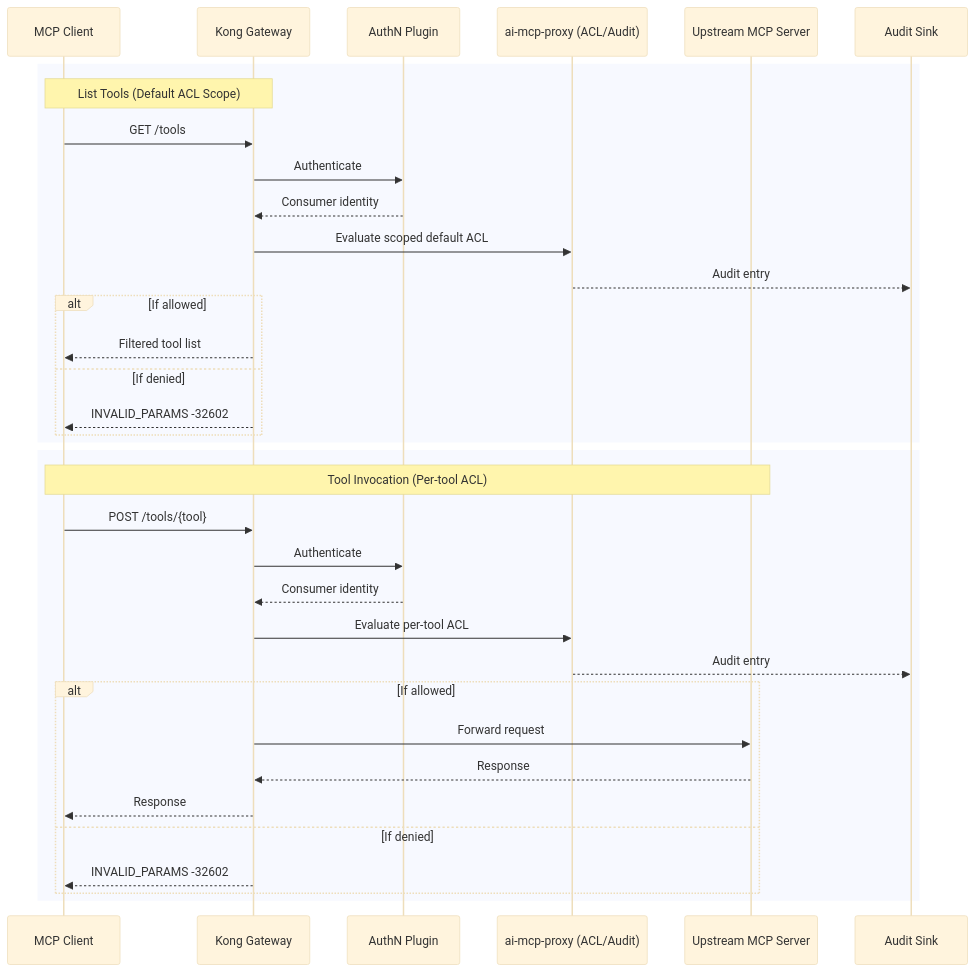
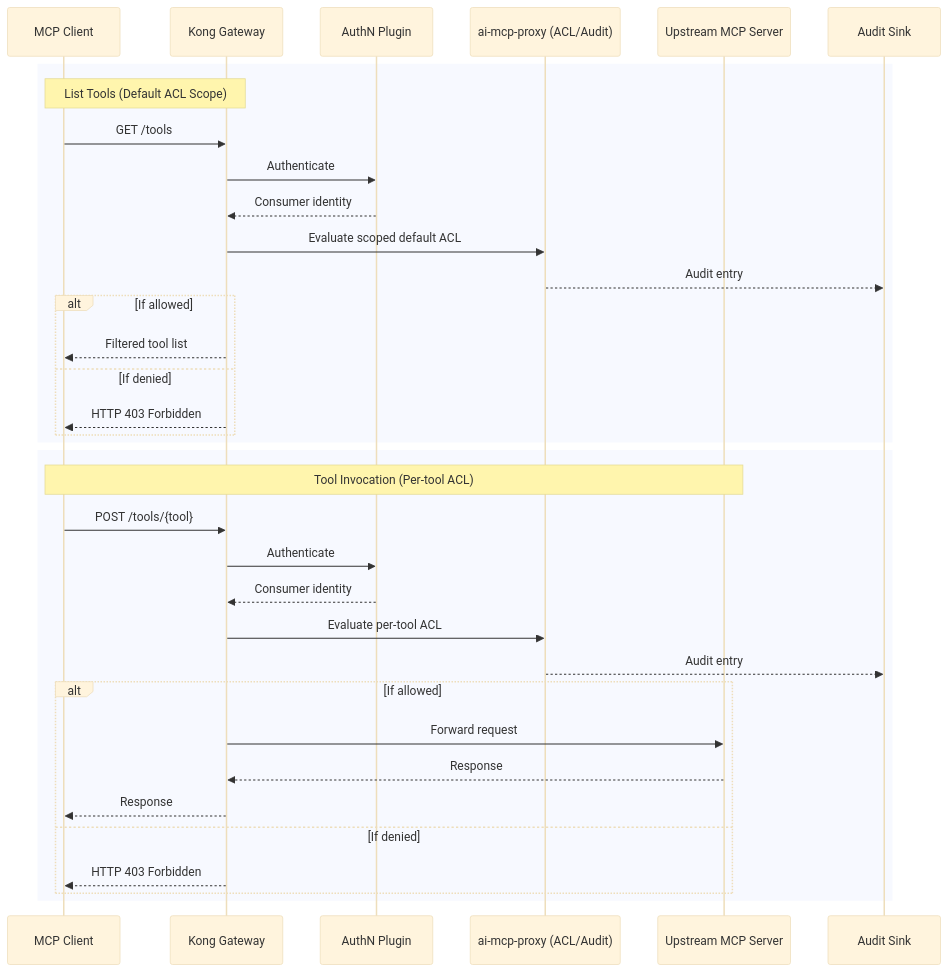
The second of 2 diagrams in app/_kong_plugins/ai-mcp-proxy/index.md (Kong/developer.konghq.com), drawn with Mermaid (base theme) before and after one commit. The commit also changed other lines of this file and 1 other file, not shown here.

```diff
--- a/app/_kong_plugins/ai-mcp-proxy/index.md
+++ b/app/_kong_plugins/ai-mcp-proxy/index.md
@@ -356,41 +360,41 @@
 {% mermaid %}
 sequenceDiagram
   participant Client as MCP Client
   participant Kong as Kong Gateway
   participant Auth as AuthN Plugin
   participant ACL as ai-mcp-proxy (ACL/Audit)
   participant Up as Upstream MCP Server
   participant Log as Audit Sink
 
   %% ----- List Tools -----
   rect
     note over Client,Kong: List Tools (Default ACL Scope)
     Client->>Kong: GET /tools
     Kong->>Auth: Authenticate
     Auth-->>Kong: Consumer identity
     Kong->>ACL: Evaluate scoped default ACL
     ACL-->>Log: Audit entry
     alt If allowed
       Kong-->>Client: Filtered tool list
     else If denied
-      Kong-->>Client: INVALID_PARAMS -32602
+      Kong-->>Client: HTTP 403 Forbidden
     end
   end
 
   %% ----- Tool Invocation -----
   rect
     note over Client,Up: Tool Invocation (Per-tool ACL)
     Client->>Kong: POST /tools/{tool}
     Kong->>Auth: Authenticate
     Auth-->>Kong: Consumer identity
     Kong->>ACL: Evaluate per-tool ACL
     ACL-->>Log: Audit entry
     alt If allowed
       Kong->>Up: Forward request
       Up-->>Kong: Response
       Kong-->>Client: Response
     else If denied
-      Kong-->>Client: INVALID_PARAMS -32602
+      Kong-->>Client: HTTP 403 Forbidden
     end
   end
 {% endmermaid %}
```
